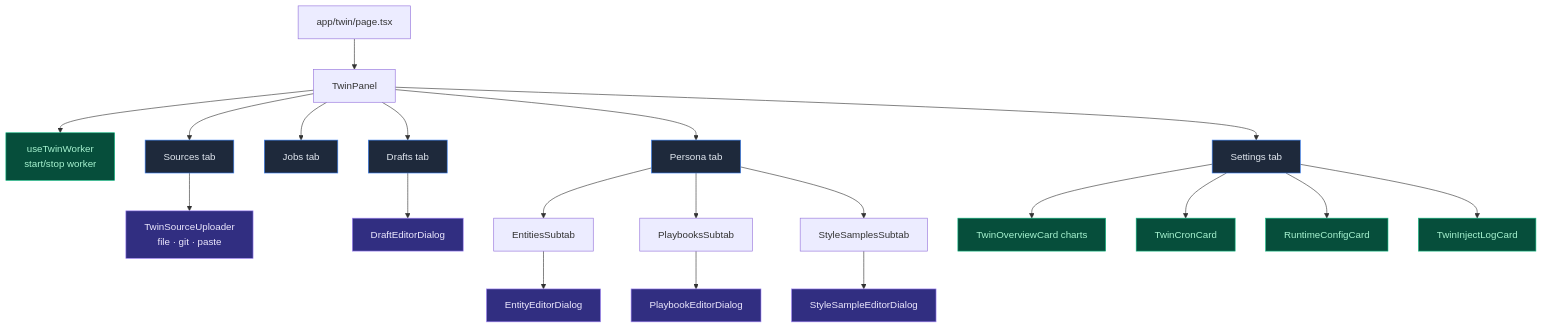
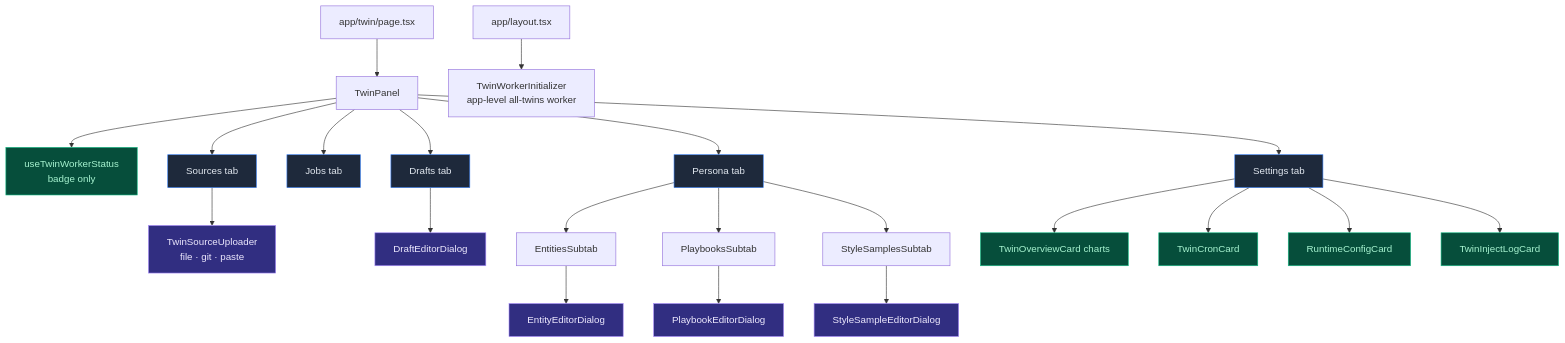
One commit to MaxQian888/cognia-next changed the diagram in docs/content/docs/en/subsystems/employee-twin/workbench-ui.mdx. Above: the diagram before and after it, drawn with Mermaid. The commit also changed other lines of this file and 31 other files, not shown here.

````diff
--- a/docs/content/docs/en/subsystems/employee-twin/workbench-ui.mdx
+++ b/docs/content/docs/en/subsystems/employee-twin/workbench-ui.mdx
@@ -19,24 +20,25 @@
 ```mermaid
 flowchart TB
   Route[app/twin/page.tsx] --> Panel[TwinPanel]
-  Panel --> WK[useTwinWorker<br/>start/stop worker]
+  Layout[app/layout.tsx] --> TWI[TwinWorkerInitializer<br/>app-level all-twins worker]
+  Panel --> WK[useTwinWorkerStatus<br/>badge only]
   Panel --> T1[Sources tab] --> UP[TwinSourceUploader<br/>file · git · paste]
   Panel --> T2[Jobs tab]
   Panel --> T3[Drafts tab] --> DE[DraftEditorDialog]
   Panel --> T4[Persona tab]
   T4 --> E[EntitiesSubtab] --> ED[EntityEditorDialog]
   T4 --> P[PlaybooksSubtab] --> PD[PlaybookEditorDialog]
   T4 --> S[StyleSamplesSubtab] --> SD[StyleSampleEditorDialog]
   Panel --> T5[Settings tab]
   T5 --> OV[TwinOverviewCard charts]
   T5 --> CR[TwinCronCard]
   T5 --> RC[RuntimeConfigCard]
   T5 --> IL[TwinInjectLogCard]
 
   classDef tab fill:#1e293b,stroke:#3b82f6,color:#e2e8f0
   classDef dlg fill:#312e81,stroke:#a78bfa,color:#ede9fe
   classDef card fill:#064e3b,stroke:#10b981,color:#a7f3d0
   class T1,T2,T3,T4,T5 tab
   class UP,DE,ED,PD,SD dlg
   class OV,CR,RC,IL,WK card
 ```
````
